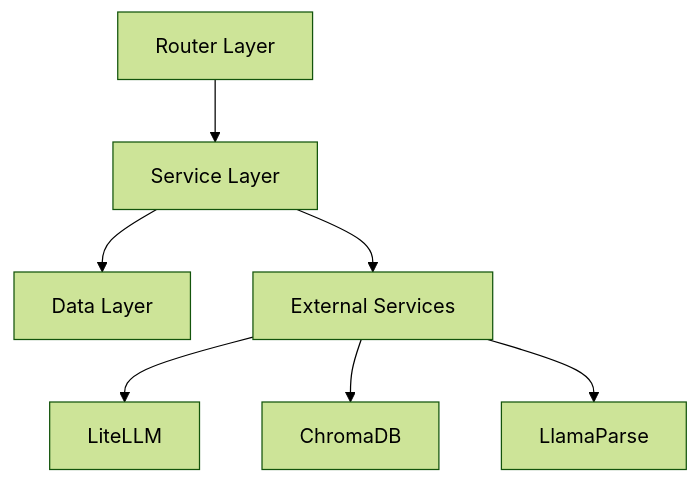
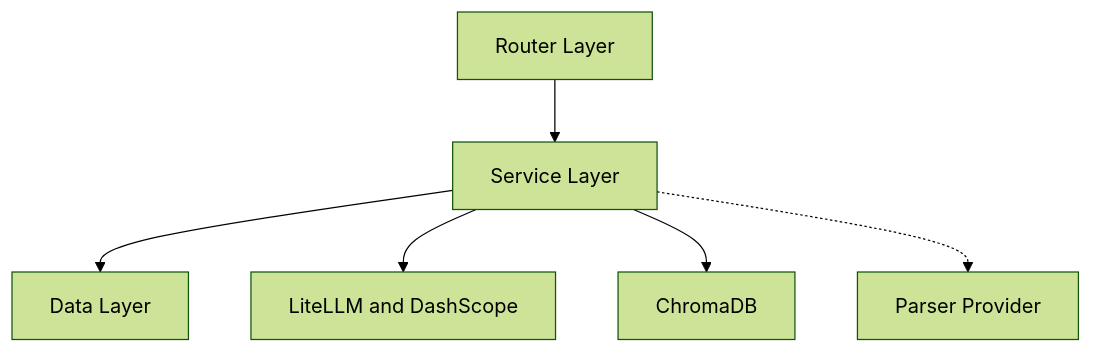
Before and after one commit to ln-one/Spectra: the diagram in docs/architecture/backend/overview.md, drawn with Mermaid (forest theme). The commit also changed other lines of this file and 22 other files, not shown here.

Commit message:
docs(architecture): align docs with MVP and simplify structure

````diff
--- a/docs/architecture/backend/overview.md
+++ b/docs/architecture/backend/overview.md
@@ -50,9 +51,8 @@
 ```mermaid
-graph TB
-    A[Router Layer] --> B[Service Layer]
-    B --> C[Data Layer]
-    B --> D[External Services]
-    D --> E[LiteLLM]
-    D --> F[ChromaDB]
-    D --> G[LlamaParse]
+flowchart TB
+    Router[Router Layer] --> Service[Service Layer]
+    Service --> Data[Data Layer]
+    Service --> LLM[LiteLLM and DashScope]
+    Service --> Vector[ChromaDB]
+    Service -.-> Parser[Parser Provider]
 ```
````
